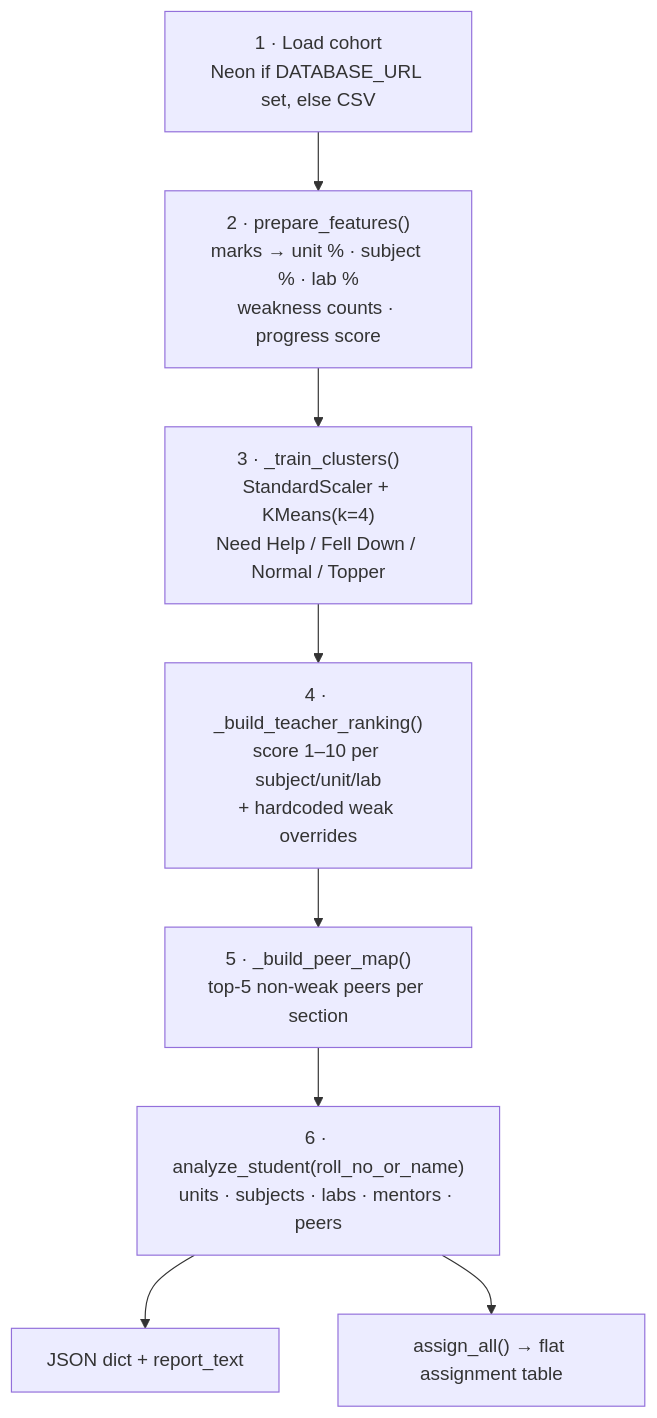
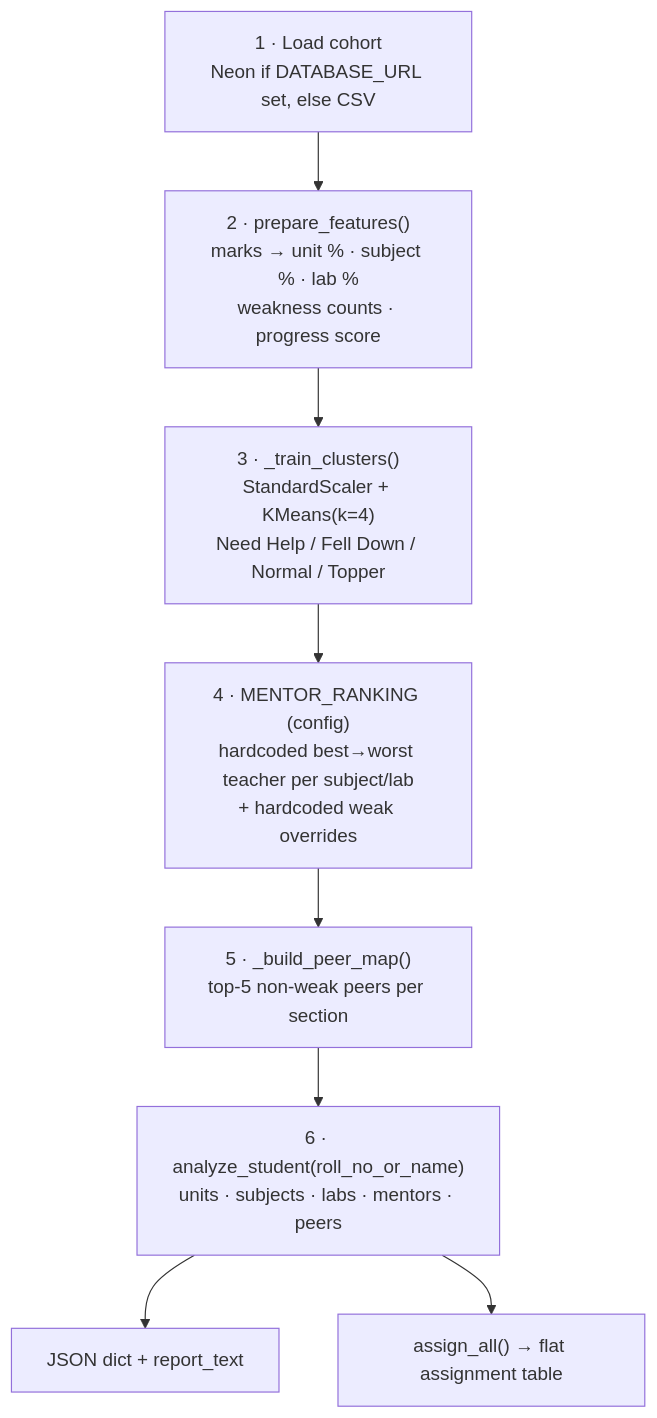
One commit to cybodexx/edu-growth changed the third of 6 diagrams in README.md. Above: the diagram before and after it, drawn with Mermaid. The commit also changed other lines of this file and 11 other files, not shown here.

````diff
--- a/README.md
+++ b/README.md
@@ -148,10 +148,10 @@
 ```mermaid
 flowchart TD
     S1["1 · Load cohort<br/>Neon if DATABASE_URL set, else CSV"] --> S2
     S2["2 · prepare_features()<br/>marks → unit % · subject % · lab %<br/>weakness counts · progress score"] --> S3
     S3["3 · _train_clusters()<br/>StandardScaler + KMeans(k=4)<br/>Need Help / Fell Down / Normal / Topper"] --> S4
-    S4["4 · _build_teacher_ranking()<br/>score 1–10 per subject/unit/lab<br/>+ hardcoded weak overrides"] --> S5
+    S4["4 · MENTOR_RANKING (config)<br/>hardcoded best→worst teacher per subject/lab<br/>+ hardcoded weak overrides"] --> S5
     S5["5 · _build_peer_map()<br/>top-5 non-weak peers per section"] --> S6
     S6["6 · analyze_student(roll_no_or_name)<br/>units · subjects · labs · mentors · peers"] --> S7["JSON dict + report_text"]
     S6 --> S8["assign_all() → flat assignment table"]
 ```
````
